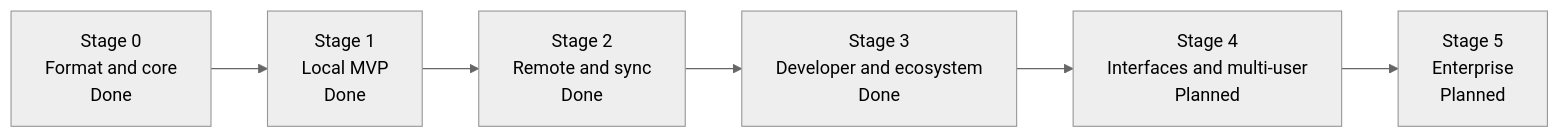
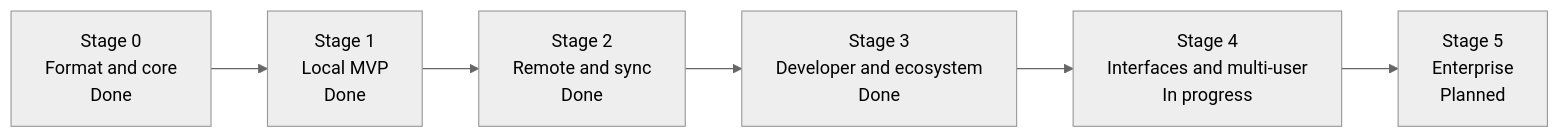
Before and after one commit to efe-clk/apeiron: the diagram in docs/ROADMAP.md, drawn with Mermaid (neutral theme). The commit also changed other lines of this file and 24 other files, not shown here.

````diff
--- a/docs/ROADMAP.md
+++ b/docs/ROADMAP.md
@@ -11,10 +11,10 @@
 ```mermaid
 flowchart LR
     S0["Stage 0<br/>Format and core<br/>Done"]
     S1["Stage 1<br/>Local MVP<br/>Done"]
     S2["Stage 2<br/>Remote and sync<br/>Done"]
     S3["Stage 3<br/>Developer and ecosystem<br/>Done"]
-    S4["Stage 4<br/>Interfaces and multi-user<br/>Planned"]
+    S4["Stage 4<br/>Interfaces and multi-user<br/>In progress"]
     S5["Stage 5<br/>Enterprise<br/>Planned"]
     S0 --> S1 --> S2 --> S3 --> S4 --> S5
 ```
````
